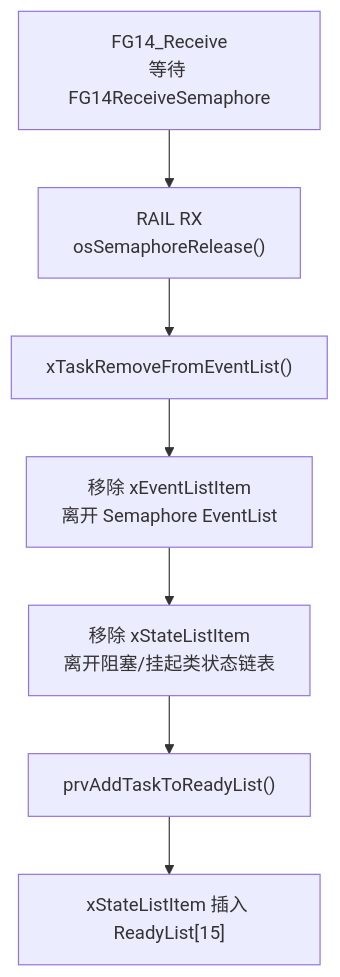
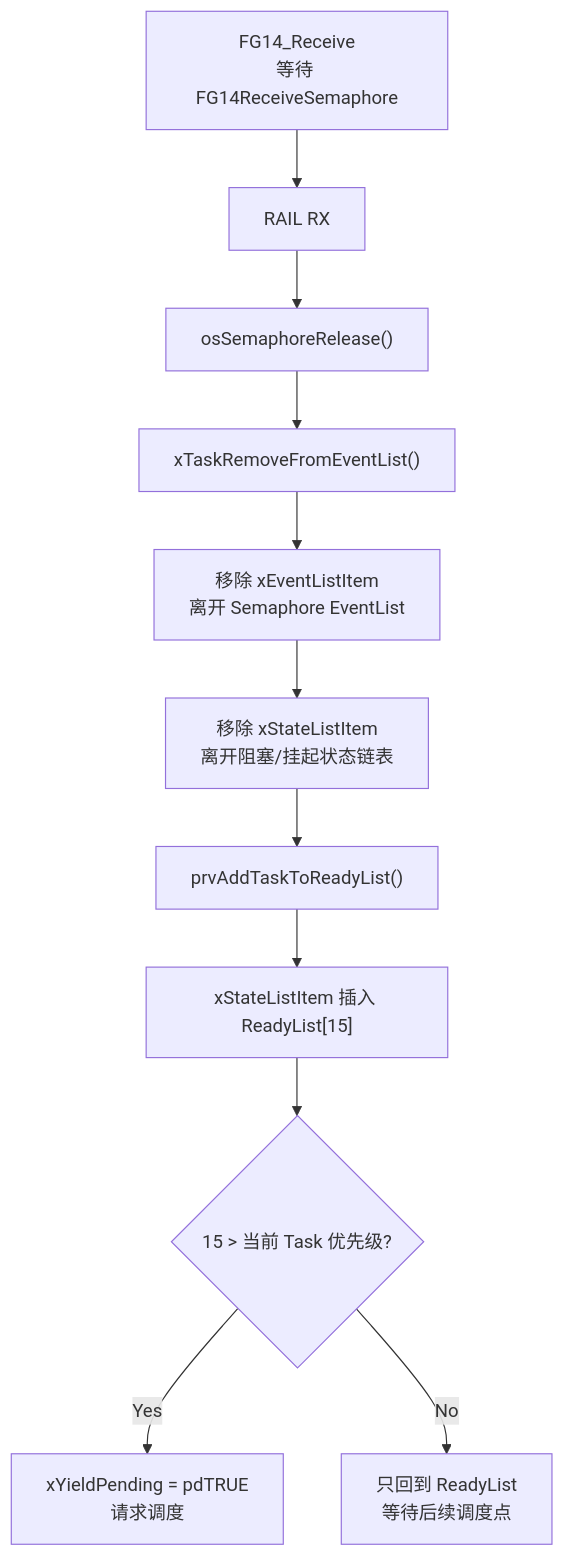
One commit to redamacy/embedded-system-notes changed the fifth of 9 diagrams in RTOS/003_FreeRTOS_Scheduler_ReadyList_Deep_Dive.md. Above: the diagram before and after it, drawn with Mermaid. The commit also changed other lines of this file, not shown here.

````diff
--- a/RTOS/003_FreeRTOS_Scheduler_ReadyList_Deep_Dive.md
+++ b/RTOS/003_FreeRTOS_Scheduler_ReadyList_Deep_Dive.md
@@ -607,9 +687,13 @@
 ```mermaid
 flowchart TD
-    A["FG14_Receive<br/>等待 FG14ReceiveSemaphore"] --> B["RAIL RX<br/>osSemaphoreRelease()"]
-    B --> C["xTaskRemoveFromEventList()"]
-    C --> D["移除 xEventListItem<br/>离开 Semaphore EventList"]
-    D --> E["移除 xStateListItem<br/>离开阻塞/挂起类状态链表"]
-    E --> F["prvAddTaskToReadyList()"]
-    F --> G["xStateListItem 插入 ReadyList[15]"]
+    A["FG14_Receive<br/>等待 FG14ReceiveSemaphore"] --> B["RAIL RX"]
+    B --> C["osSemaphoreRelease()"]
+    C --> D["xTaskRemoveFromEventList()"]
+    D --> E["移除 xEventListItem<br/>离开 Semaphore EventList"]
+    E --> F["移除 xStateListItem<br/>离开阻塞/挂起状态链表"]
+    F --> G["prvAddTaskToReadyList()"]
+    G --> H["xStateListItem 插入 ReadyList[15]"]
+    H --> I{"15 > 当前 Task 优先级?"}
+    I -- "Yes" --> J["xYieldPending = pdTRUE<br/>请求调度"]
+    I -- "No" --> K["只回到 ReadyList<br/>等待后续调度点"]
 ```
````
